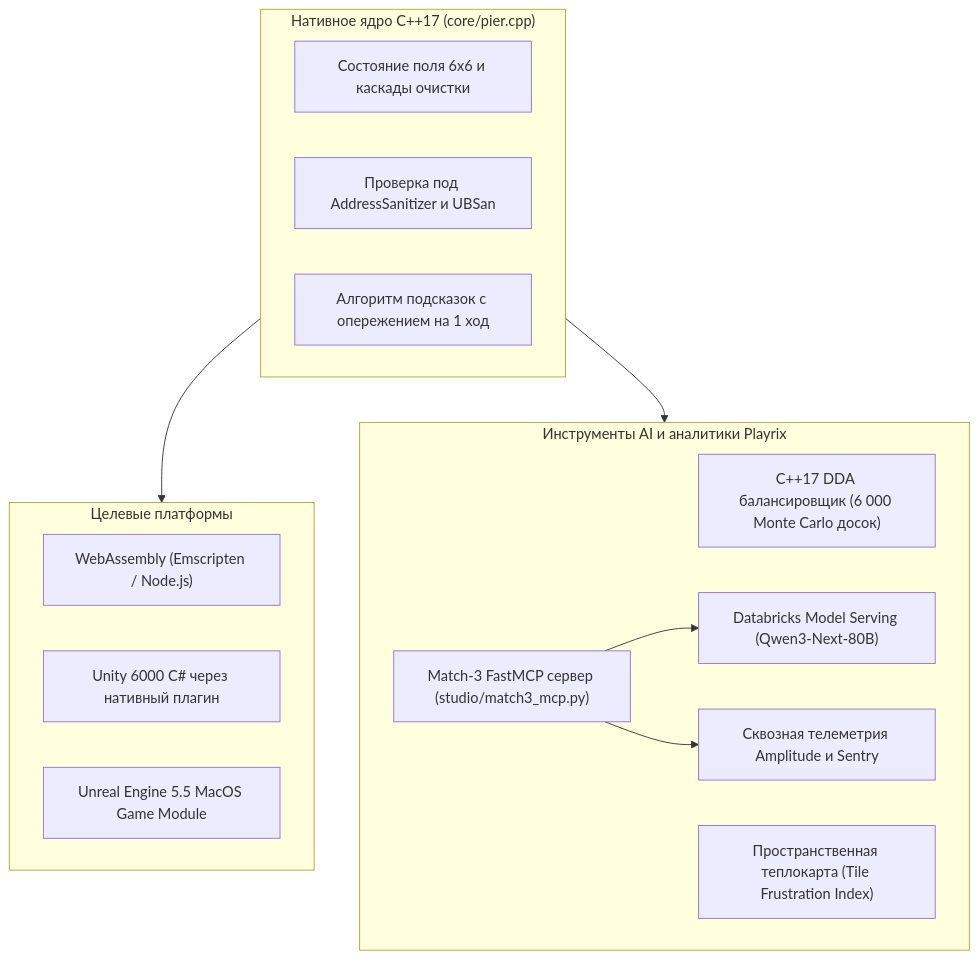
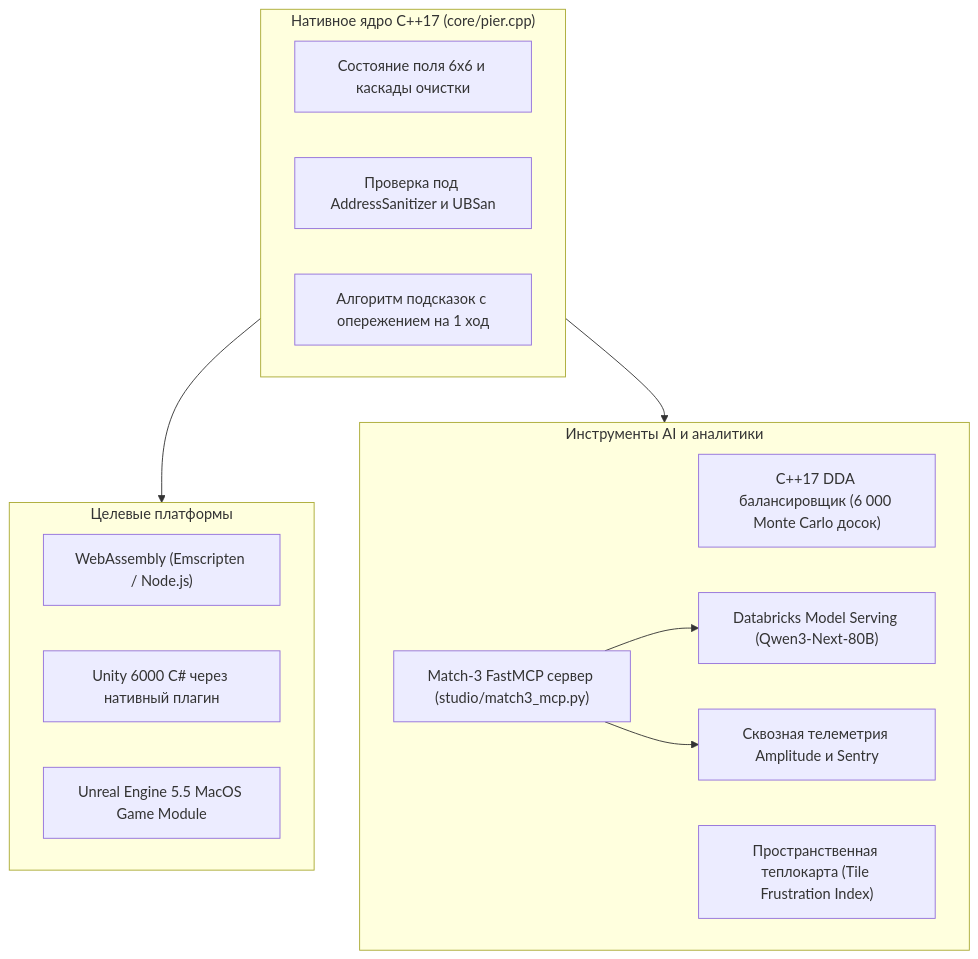
One commit to GlebAvershin/mosaic-pier changed the diagram in README.ru.md. Above: the diagram before and after it, drawn with Mermaid. The commit also changed other lines of this file and 3 other files, not shown here.

````diff
--- a/README.ru.md
+++ b/README.ru.md
@@ -43,27 +43,27 @@
 ```mermaid
 flowchart TD
     subgraph CoreEngine["Нативное ядро C++17 (core/pier.cpp)"]
         Board["Состояние поля 6x6 и каскады очистки"]
         ASan["Проверка под AddressSanitizer и UBSan"]
         Lookahead["Алгоритм подсказок с опережением на 1 ход"]
     end
 
     subgraph Targets["Целевые платформы"]
         Wasm["WebAssembly (Emscripten / Node.js)"]
         Unity["Unity 6000 C# через нативный плагин"]
         Unreal["Unreal Engine 5.5 MacOS Game Module"]
     end
 
-    subgraph AITooling["Инструменты AI и аналитики Playrix"]
+    subgraph AITooling["Инструменты AI и аналитики"]
         DDA["C++17 DDA балансировщик (6 000 Monte Carlo досок)"]
         Heatmap["Пространственная теплокарта (Tile Frustration Index)"]
         MCP["Match-3 FastMCP сервер (studio/match3_mcp.py)"]
         Databricks["Databricks Model Serving (Qwen3-Next-80B)"]
         Telemetry["Сквозная телеметрия Amplitude и Sentry"]
     end
 
     CoreEngine --> Targets
     CoreEngine --> AITooling
     MCP --> Databricks
     MCP --> Telemetry
 ```
````
